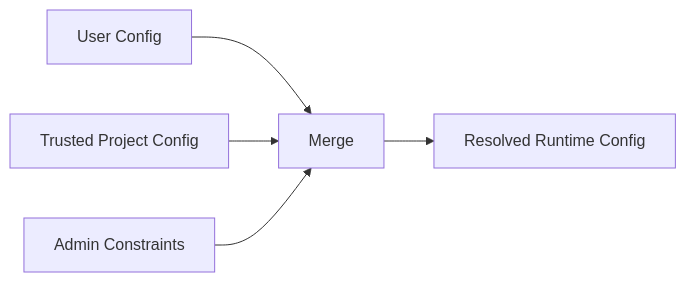
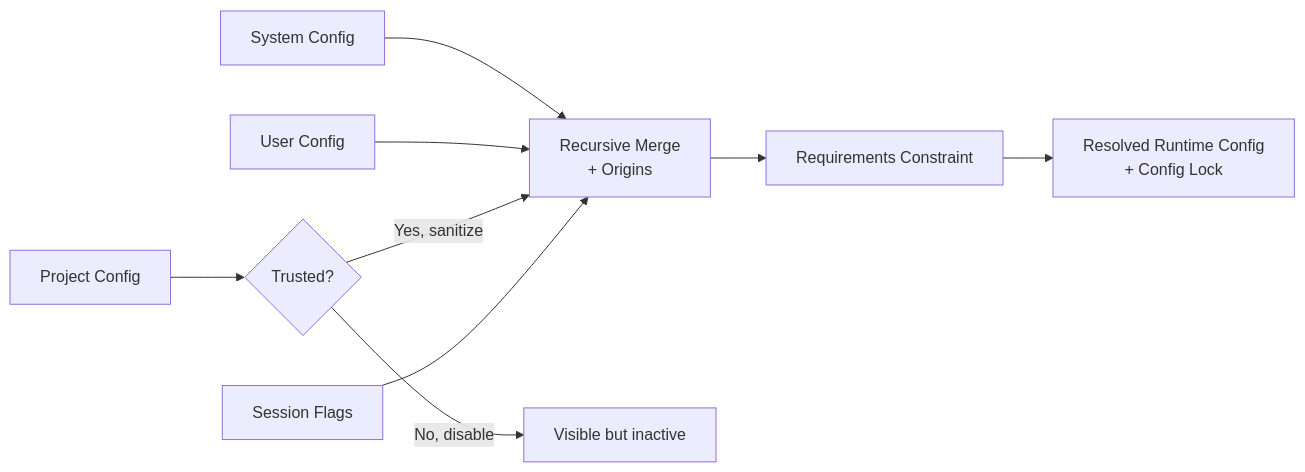
One commit to zz1403489227-crypto/learn-codex changed the diagram in s08_config_and_trust/README.md. Above: the diagram before and after it, drawn with Mermaid. The commit also changed other lines of this file and 5 other files, not shown here.

````diff
--- a/s08_config_and_trust/README.md
+++ b/s08_config_and_trust/README.md
@@ -3,7 +3,11 @@
 ```mermaid
 flowchart LR
-    U["User Config"] --> M["Merge"]
-    P["Trusted Project Config"] --> M
-    A["Admin Constraints"] --> M
-    M --> R["Resolved Runtime Config"]
+    S["System Config"] --> M["Recursive Merge<br/>+ Origins"]
+    U["User Config"] --> M
+    P["Project Config"] --> T{"Trusted?"}
+    T -->|Yes, sanitize| M
+    T -->|No, disable| V["Visible but inactive"]
+    F["Session Flags"] --> M
+    M --> R["Requirements Constraint"]
+    R --> C["Resolved Runtime Config<br/>+ Config Lock"]
 ```
````
